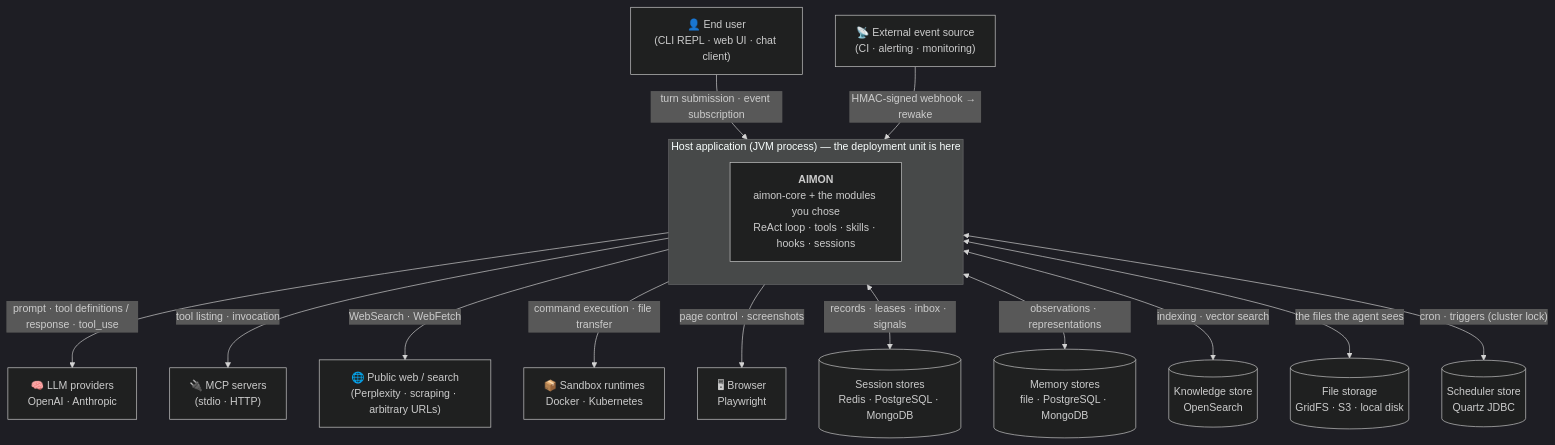
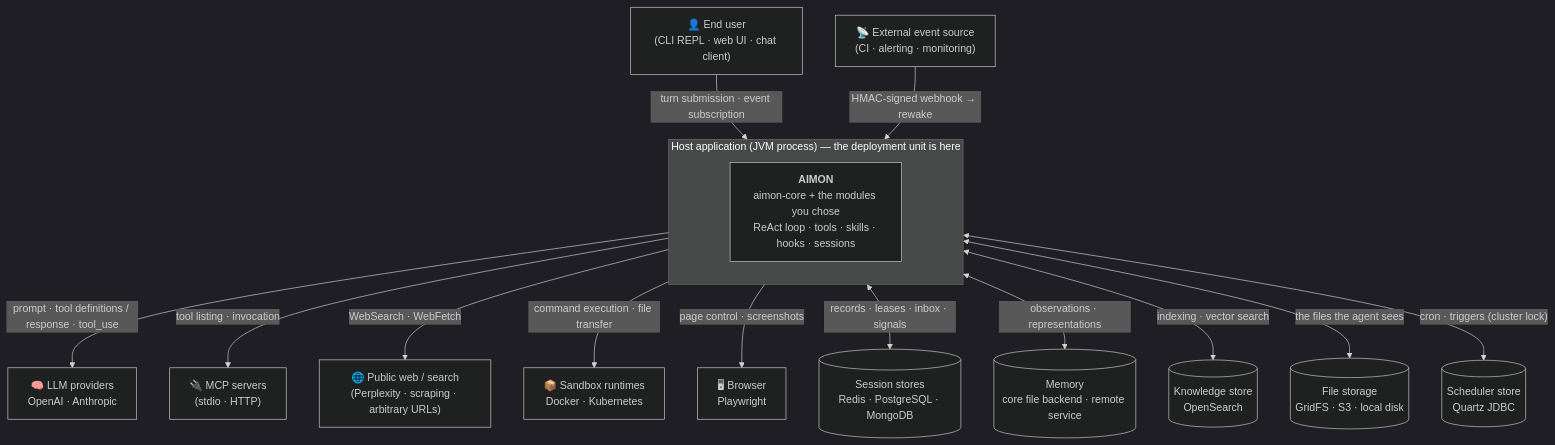
Before and after one commit to kangwoo/aimon-core: the diagram in docs/overview/context.en.md, drawn with Mermaid (dark theme). The commit also changed other lines of this file and 100 other files, not shown here.

````diff
--- a/docs/overview/context.en.md
+++ b/docs/overview/context.en.md
@@ -40,36 +40,36 @@
 ```mermaid
 flowchart TB
     user["👤 End user<br/>(CLI REPL · web UI · chat client)"]
     event["📡 External event source<br/>(CI · alerting · monitoring)"]
 
     subgraph host["Host application (JVM process) — the deployment unit is here"]
         aimon["<b>AIMON</b><br/>aimon-core + the modules you chose<br/>ReAct loop · tools · skills · hooks · sessions"]
     end
 
     llm["🧠 LLM providers<br/>OpenAI · Anthropic"]
     mcp["🔌 MCP servers<br/>(stdio · HTTP)"]
     web["🌐 Public web / search<br/>(Perplexity · scraping · arbitrary URLs)"]
     sandbox["📦 Sandbox runtimes<br/>Docker · Kubernetes"]
     browser["🖥 Browser<br/>Playwright"]
 
     sessiondb[("Session stores<br/>Redis · PostgreSQL · MongoDB")]
-    memorydb[("Memory stores<br/>file · PostgreSQL · MongoDB")]
+    memorydb[("Memory<br/>core file backend · remote service")]
     knowledge[("Knowledge store<br/>OpenSearch")]
     filestore[("File storage<br/>GridFS · S3 · local disk")]
     quartzdb[("Scheduler store<br/>Quartz JDBC")]
 
     user -->|"turn submission · event subscription"| host
     event -->|"HMAC-signed webhook → rewake"| host
 
     host -->|"prompt · tool definitions / response · tool_use"| llm
     host -->|"tool listing · invocation"| mcp
     host -->|"WebSearch · WebFetch"| web
     host -->|"command execution · file transfer"| sandbox
     host -->|"page control · screenshots"| browser
 
     host <-->|"records · leases · inbox · signals"| sessiondb
     host <-->|"observations · representations"| memorydb
     host <-->|"indexing · vector search"| knowledge
     host <-->|"the files the agent sees"| filestore
     host <-->|"cron · triggers (cluster lock)"| quartzdb
 ```
````
